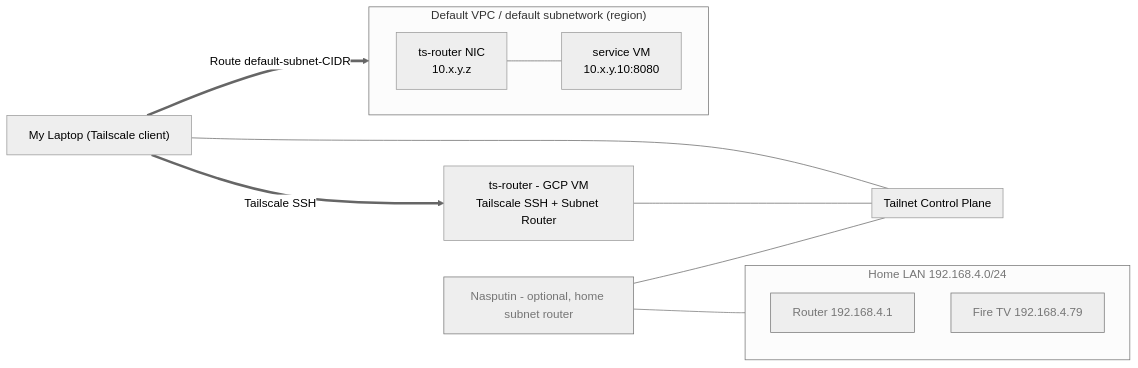
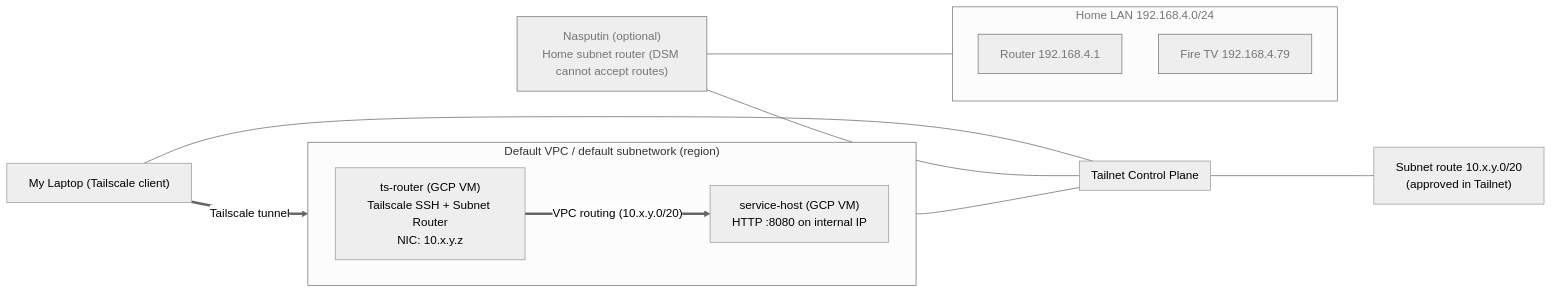
Before and after one commit to timothe/tailscale: the diagram in diagram/architecture.mmd, drawn with Mermaid (neutral theme). The commit also changed 1 other file, not shown here.

Commit message:
Updated diagram

```diff
--- a/diagram/architecture.mmd
+++ b/diagram/architecture.mmd
@@ -1,25 +1,22 @@
 flowchart LR
  subgraph Tailnet["Tailnet Control Plane"]
   end
  subgraph GCP["Default VPC / default subnetwork (region)"]
     direction LR
-        TSNIC["ts-router NIC\n10.x.y.z"]
-        SVC["service VM\n10.x.y.10:8080"]
+        TSRouter["ts-router (GCP VM)<br>Tailscale SSH + Subnet Router<br>NIC: 10.x.y.z"]
+        SVC["service-host (GCP VM)<br>HTTP :8080 on internal IP"]
   end
  subgraph HomeLAN["Home LAN 192.168.4.0/24"]
         IoT1["Router 192.168.4.1"]
         IoT2["Fire TV 192.168.4.79"]
   end
     Laptop["My Laptop (Tailscale client)"] --- Tailnet
-    TSRouter["ts-router - GCP VM
-Tailscale SSH + Subnet Router"] --- Tailnet
-    Nas["Nasputin - optional, home subnet router"] --- Tailnet & HomeLAN
-    TSNIC --- SVC
-    Laptop == Tailscale SSH ==> TSRouter
-    Laptop == "Route default-subnet-CIDR" ==> SVC
+    TSRouter --- Tailnet
+    Nas["Nasputin (optional)<br>Home subnet router (DSM cannot accept routes)"] --- Tailnet & HomeLAN
+    Laptop == Tailscale tunnel ==> TSRouter
+    TSRouter == "VPC routing (10.x.y.0/20)" ==> SVC
+    Tailnet --- Approved["Subnet route 10.x.y.0/20<br>(approved in Tailnet)"]
     style IoT1 stroke:#757575,color:#757575
     style IoT2 stroke:#757575,color:#757575
-    style Tailnet color:#000000
     style Nas stroke:#757575,color:#757575
     style HomeLAN stroke:#757575,color:#757575
-    linkStyle 3 stroke:#757575,fill:none
```
